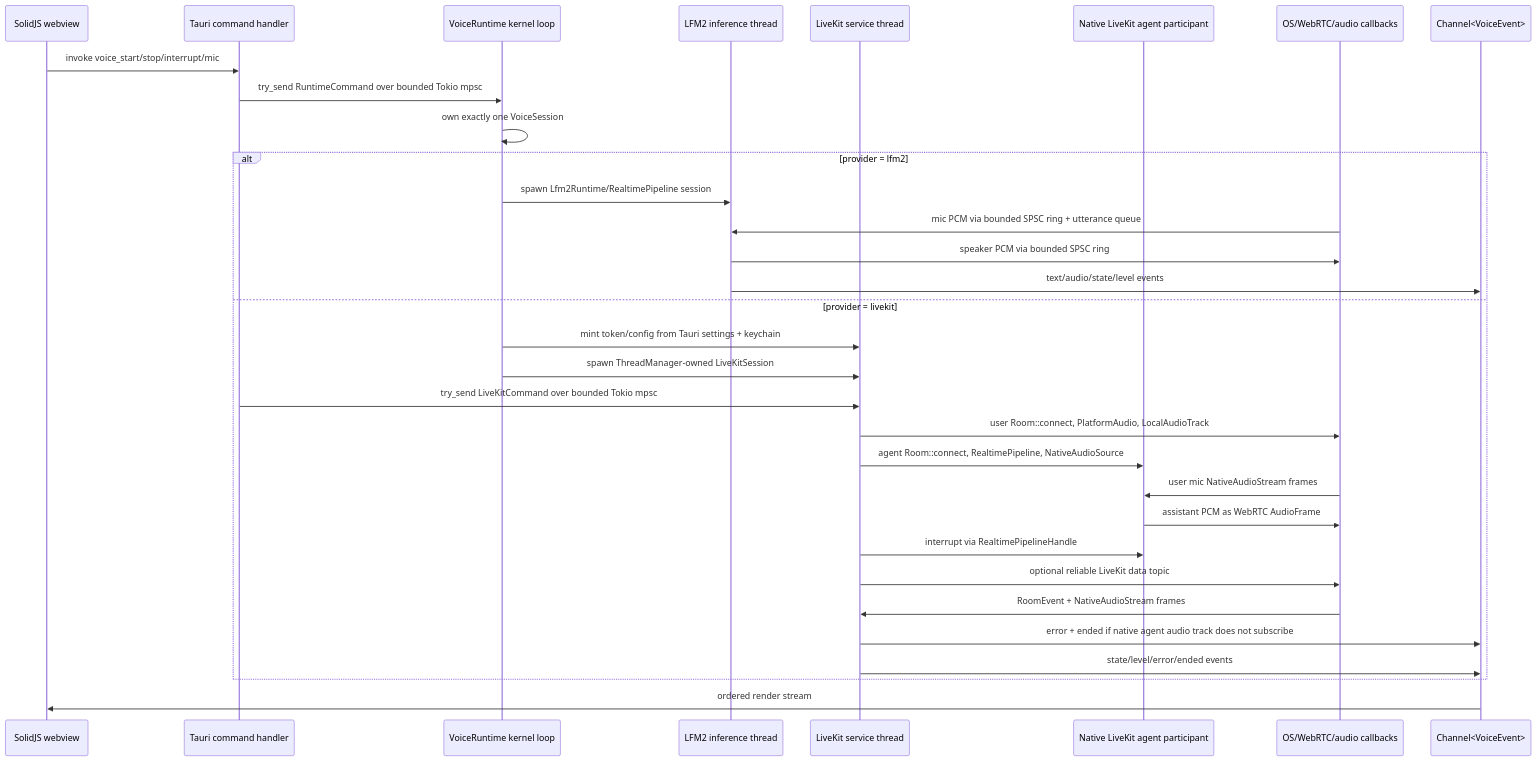
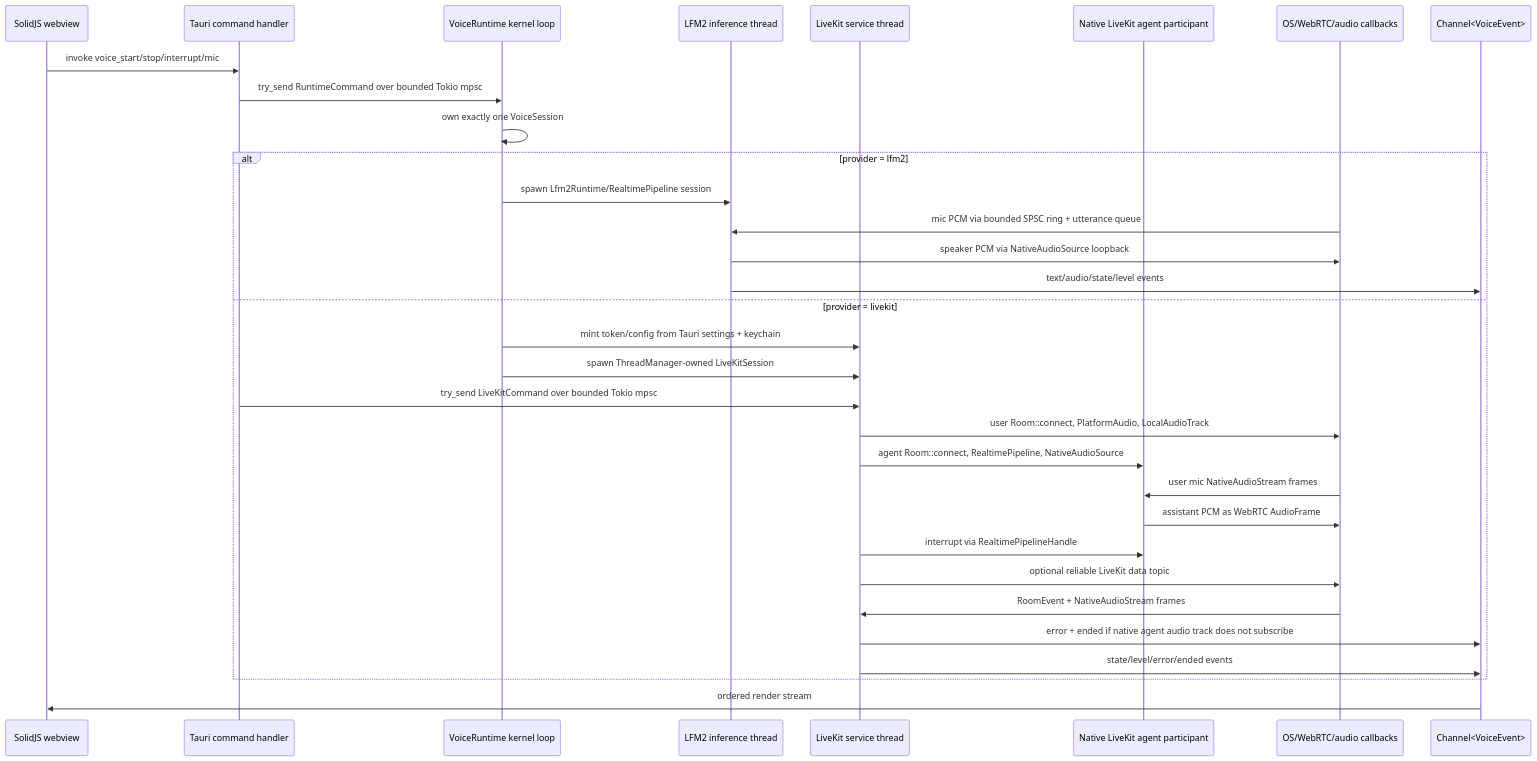
One commit to SolaceHarmony/emberharmony changed the third of 3 diagrams in packages/desktop/src-tauri/src/voice/VOICE_ARCHITECTURE.md. Above: the diagram before and after it, drawn with Mermaid. The commit also changed other lines of this file and 41 other files, not shown here.

````diff
--- a/packages/desktop/src-tauri/src/voice/VOICE_ARCHITECTURE.md
+++ b/packages/desktop/src-tauri/src/voice/VOICE_ARCHITECTURE.md
@@ -1053,37 +1056,37 @@
 ```mermaid
 sequenceDiagram
   participant UI as SolidJS webview
   participant Cmd as Tauri command handler
   participant Kernel as VoiceRuntime kernel loop
   participant LFM as LFM2 inference thread
   participant LK as LiveKit service thread
   participant Agent as Native LiveKit agent participant
   participant Media as OS/WebRTC/audio callbacks
   participant Events as Channel<VoiceEvent>
 
   UI->>Cmd: invoke voice_start/stop/interrupt/mic
   Cmd->>Kernel: try_send RuntimeCommand over bounded Tokio mpsc
   Kernel->>Kernel: own exactly one VoiceSession
 
   alt provider = lfm2
     Kernel->>LFM: spawn Lfm2Runtime/RealtimePipeline session
     Media->>LFM: mic PCM via bounded SPSC ring + utterance queue
-    LFM->>Media: speaker PCM via bounded SPSC ring
+    LFM->>Media: speaker PCM via NativeAudioSource loopback
     LFM->>Events: text/audio/state/level events
   else provider = livekit
     Kernel->>LK: mint token/config from Tauri settings + keychain
     Kernel->>LK: spawn ThreadManager-owned LiveKitSession
     Cmd->>LK: try_send LiveKitCommand over bounded Tokio mpsc
     LK->>Media: user Room::connect, PlatformAudio, LocalAudioTrack
     LK->>Agent: agent Room::connect, RealtimePipeline, NativeAudioSource
     Media->>Agent: user mic NativeAudioStream frames
     Agent->>Media: assistant PCM as WebRTC AudioFrame
     LK->>Agent: interrupt via RealtimePipelineHandle
     LK->>Media: optional reliable LiveKit data topic
     Media->>LK: RoomEvent + NativeAudioStream frames
     LK->>Events: error + ended if native agent audio track does not subscribe
     LK->>Events: state/level/error/ended events
   end
 
   Events->>UI: ordered render stream
 ```
````
